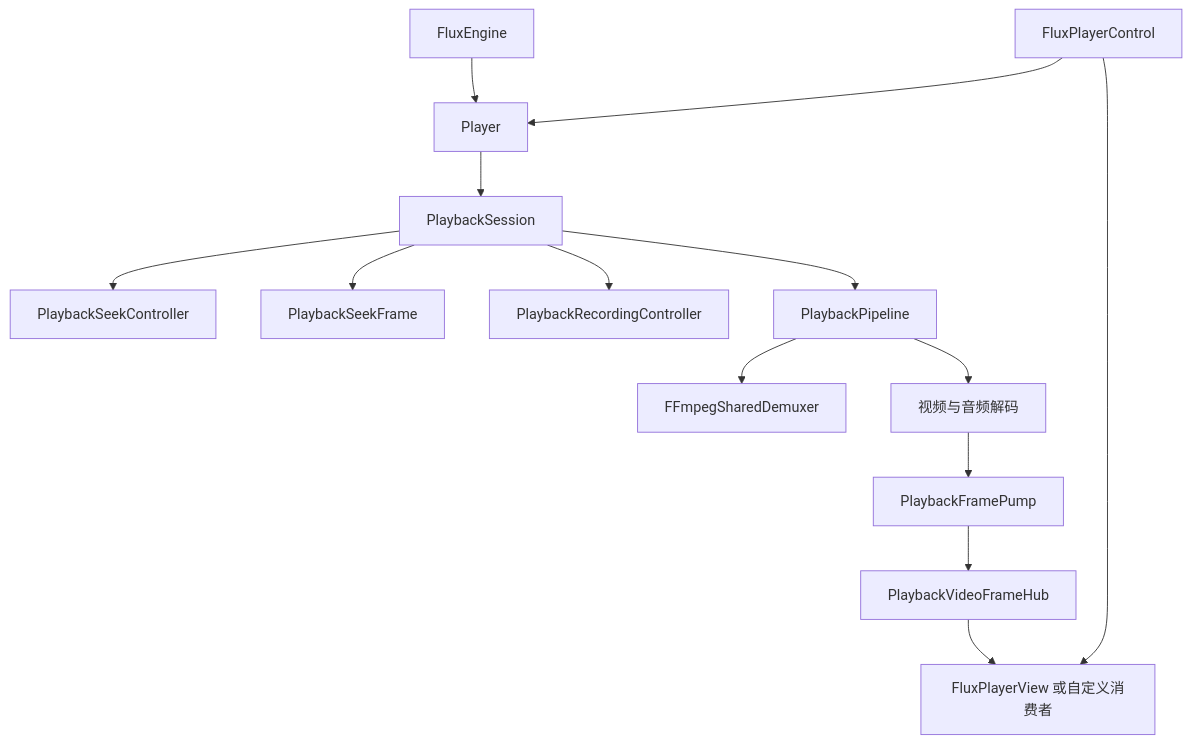
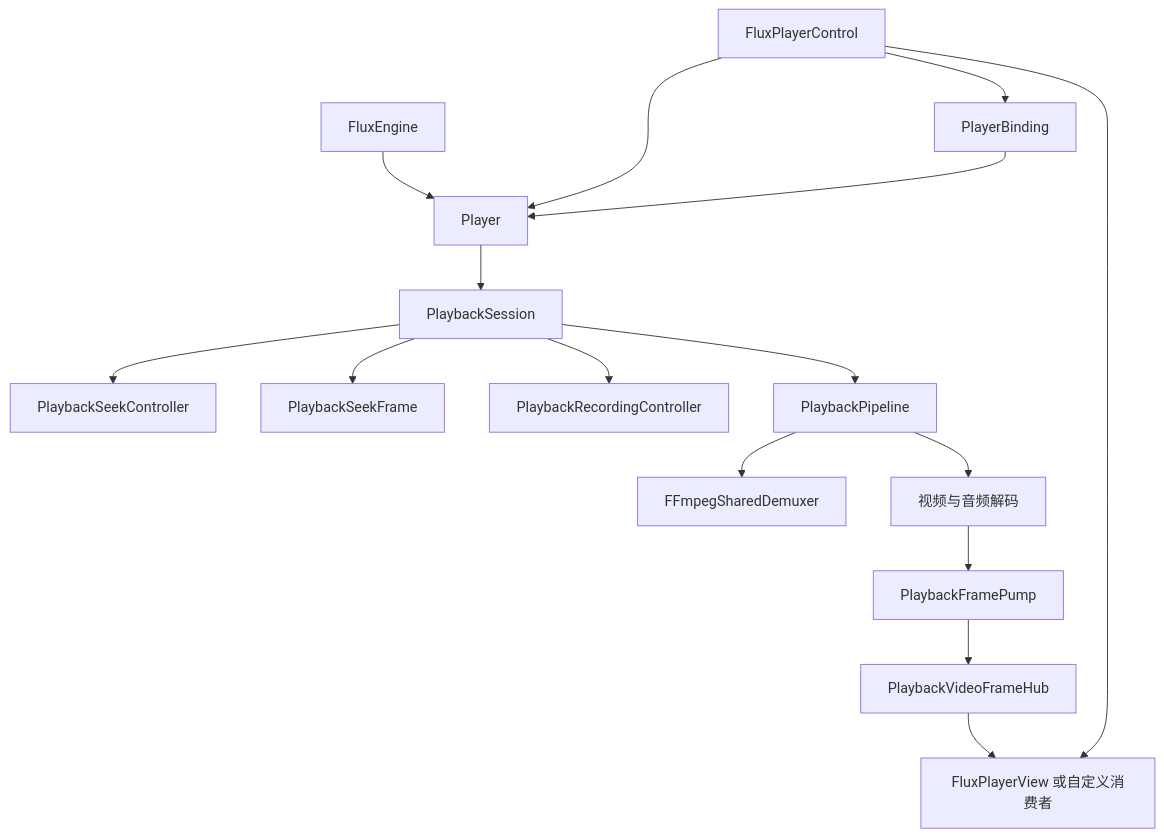
One commit to sunqg123/FluxMedia changed the diagram in docs/architecture.md. Above: the diagram before and after it, drawn with Mermaid. The commit also changed other lines of this file and 18 other files, not shown here.

````diff
--- a/docs/architecture.md
+++ b/docs/architecture.md
@@ -5,16 +5,18 @@
 ```mermaid
 flowchart TD
     Engine[FluxEngine] --> Player[Player]
     Player --> Session[PlaybackSession]
     Session --> Seek[PlaybackSeekController]
     Session --> SeekFrame[PlaybackSeekFrame]
     Session --> Recording[PlaybackRecordingController]
     Session --> Pipeline[PlaybackPipeline]
     Pipeline --> Demux[FFmpegSharedDemuxer]
     Pipeline --> Workers[视频与音频解码]
     Workers --> Pump[PlaybackFramePump]
     Pump --> Hub[PlaybackVideoFrameHub]
     Hub --> View[FluxPlayerView 或自定义消费者]
     Control[FluxPlayerControl] --> View
     Control --> Player
+    Control --> Binding[PlayerBinding]
+    Binding --> Player
 ```
````
